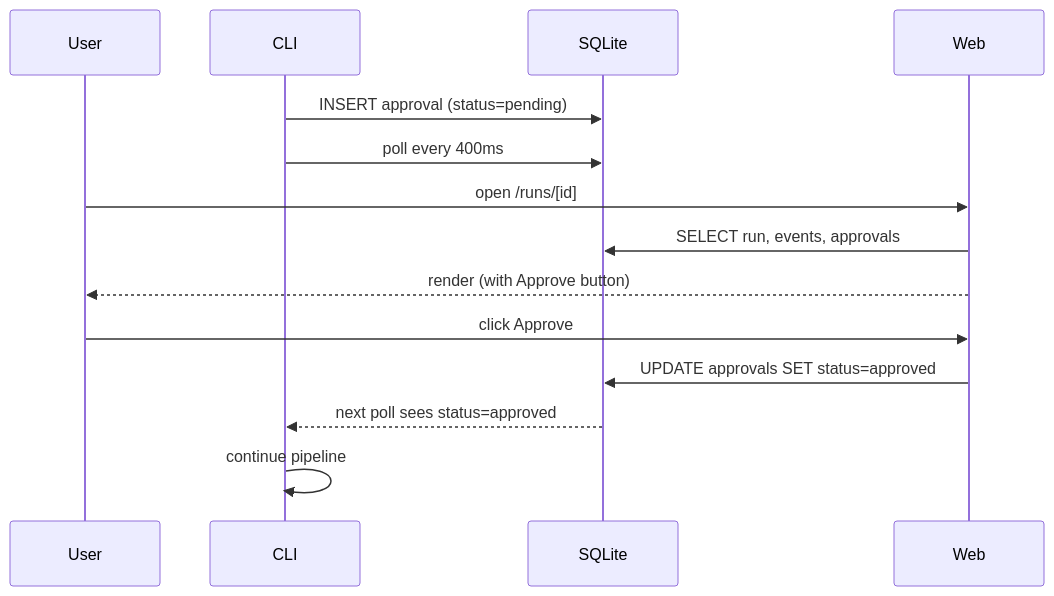
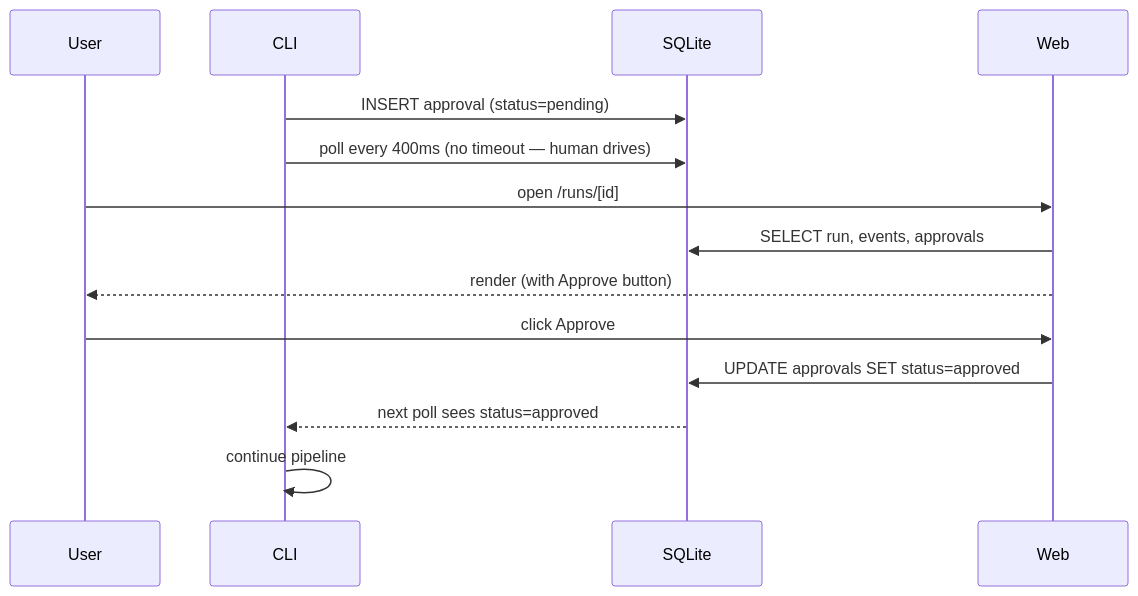
The third of 5 diagrams in docs/architecture.md (teckedd-code2save/convoy), drawn with Mermaid before and after one commit. The commit also changed other lines of this file and 11 other files, not shown here.

````diff
--- a/docs/architecture.md
+++ b/docs/architecture.md
@@ -153,17 +153,17 @@
 ```mermaid
 sequenceDiagram
   participant User
   participant CLI
   participant SQLite
   participant Web
 
   CLI->>SQLite: INSERT approval (status=pending)
-  CLI->>SQLite: poll every 400ms
+  CLI->>SQLite: poll every 400ms (no timeout — human drives)
   User->>Web: open /runs/[id]
   Web->>SQLite: SELECT run, events, approvals
   Web-->>User: render (with Approve button)
   User->>Web: click Approve
   Web->>SQLite: UPDATE approvals SET status=approved
   SQLite-->>CLI: next poll sees status=approved
   CLI->>CLI: continue pipeline
 ```
````
